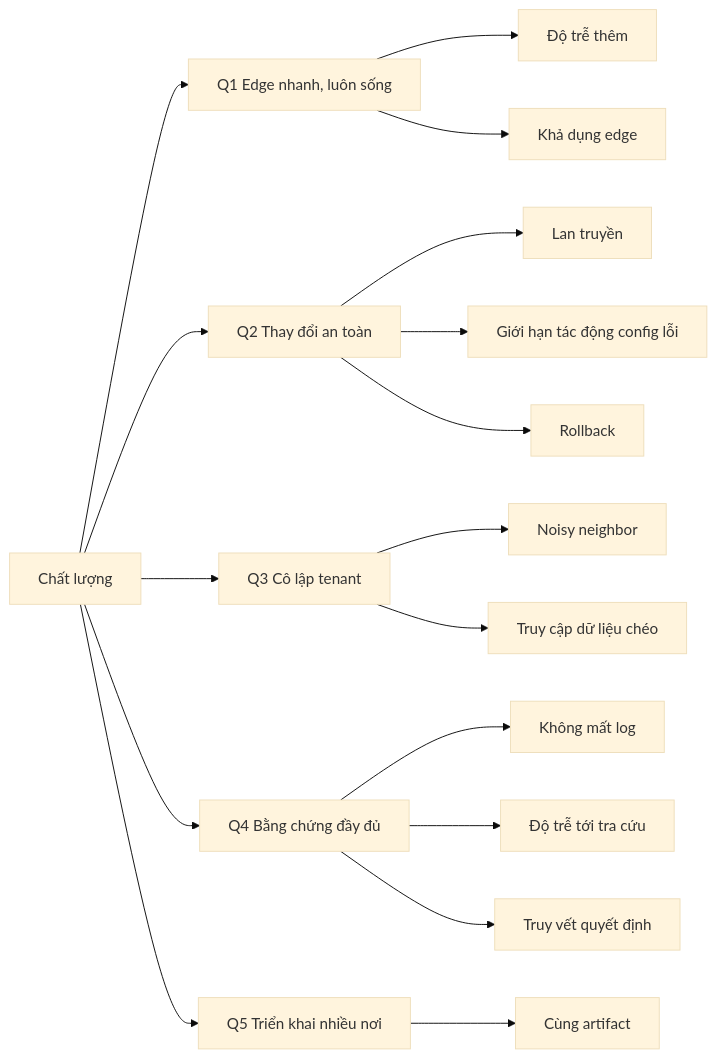
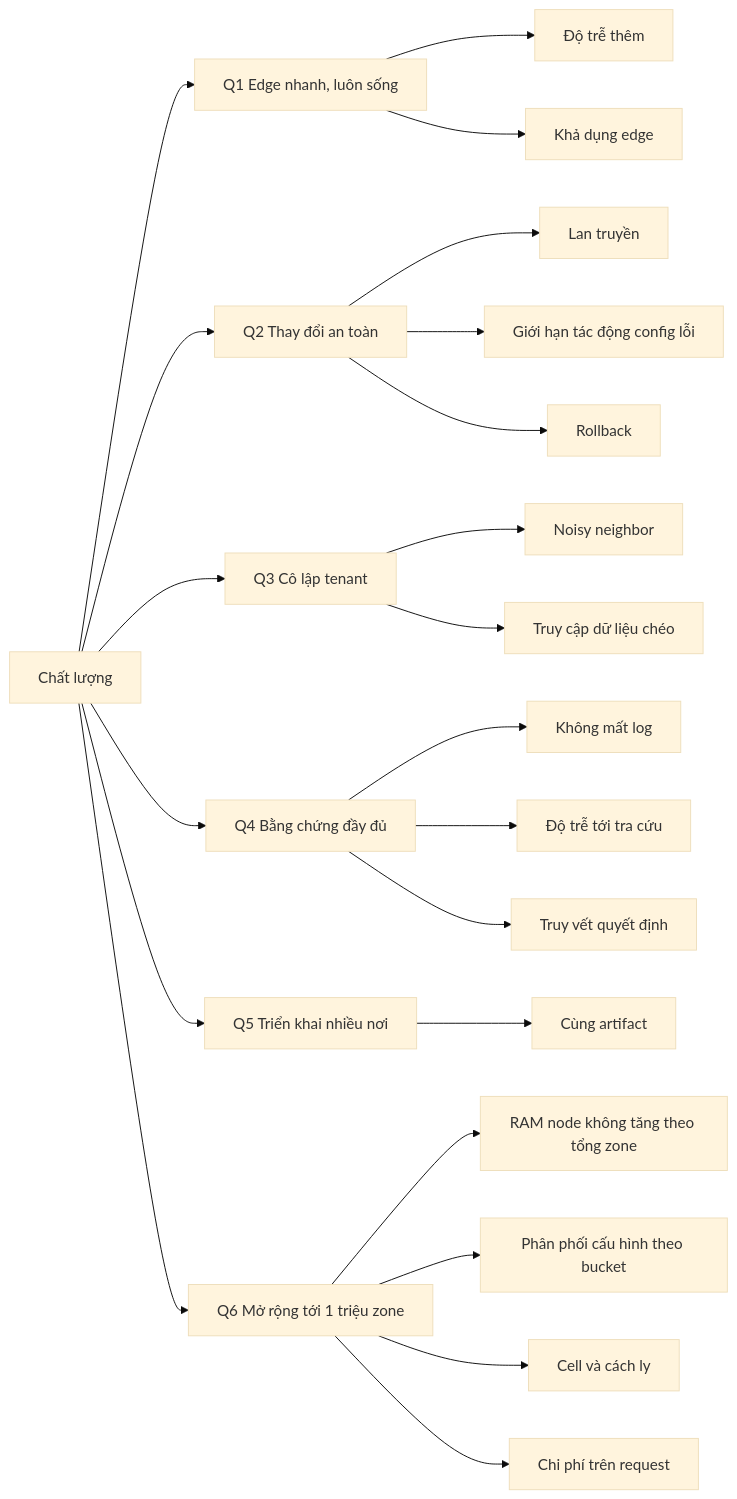
Before and after one commit to metap-org/metap-demo-waf: the diagram in docs/architecture/10-quality/00-index.md, drawn with Mermaid (base theme). The commit also changed other lines of this file and 17 other files, not shown here.

````diff
--- a/docs/architecture/10-quality/00-index.md
+++ b/docs/architecture/10-quality/00-index.md
@@ -8,20 +28,25 @@
 ```mermaid
 flowchart LR
     q["Chất lượng"]
     q --> q1["Q1 Edge nhanh, luôn sống"]
     q --> q2["Q2 Thay đổi an toàn"]
     q --> q3["Q3 Cô lập tenant"]
     q --> q4["Q4 Bằng chứng đầy đủ"]
     q --> q5["Q5 Triển khai nhiều nơi"]
+    q --> q6["Q6 Mở rộng tới 1 triệu zone"]
     q1 --> l1["Độ trễ thêm"]
     q1 --> l2["Khả dụng edge"]
     q2 --> s1["Lan truyền"]
     q2 --> s2["Giới hạn tác động config lỗi"]
     q2 --> s3["Rollback"]
     q3 --> t1["Noisy neighbor"]
     q3 --> t2["Truy cập dữ liệu chéo"]
     q4 --> e1["Không mất log"]
     q4 --> e2["Độ trễ tới tra cứu"]
     q4 --> e3["Truy vết quyết định"]
     q5 --> p1["Cùng artifact"]
+    q6 --> m1["RAM node không tăng theo tổng zone"]
+    q6 --> m2["Phân phối cấu hình theo bucket"]
+    q6 --> m3["Cell và cách ly"]
+    q6 --> m4["Chi phí trên request"]
 ```
````
